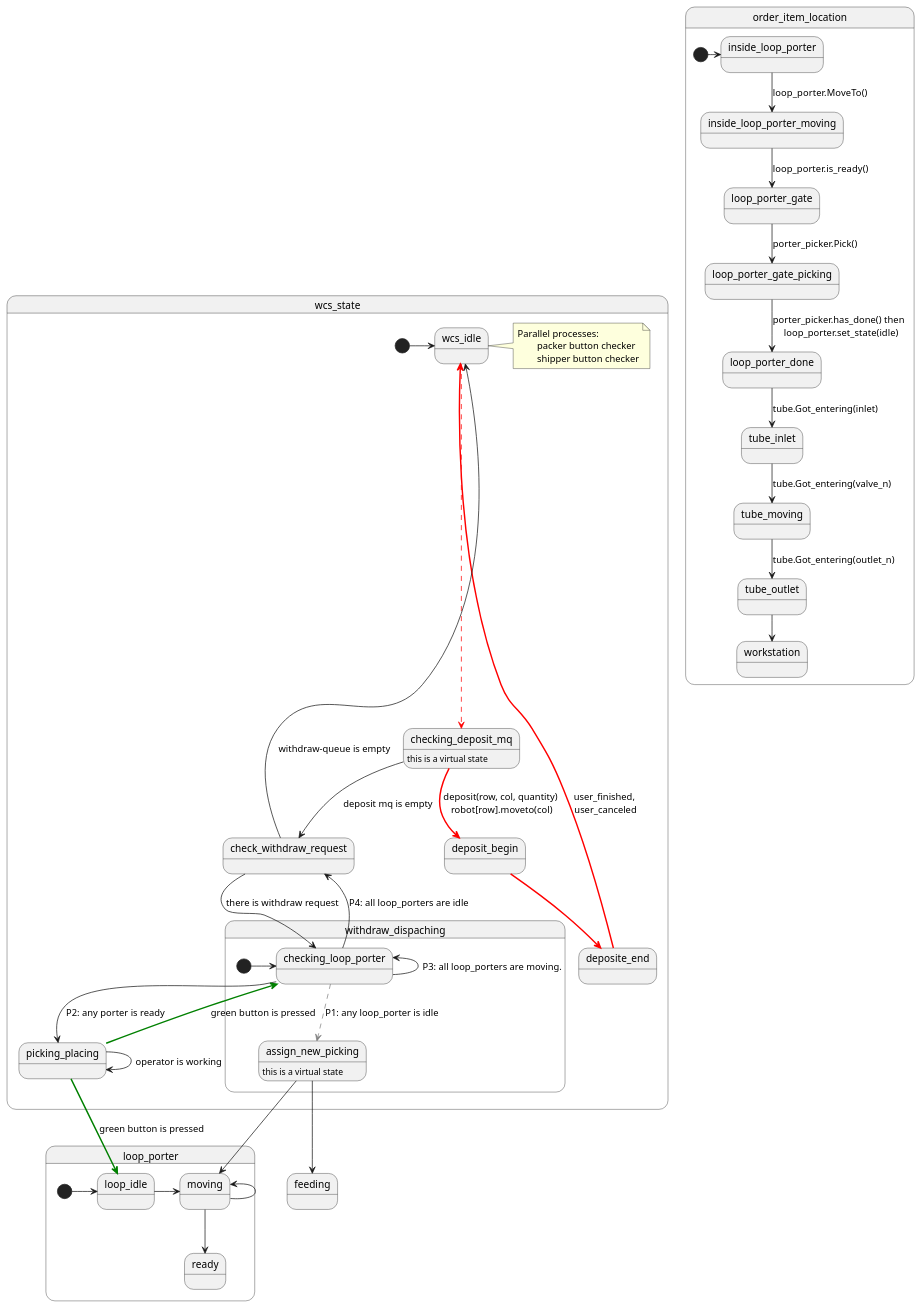
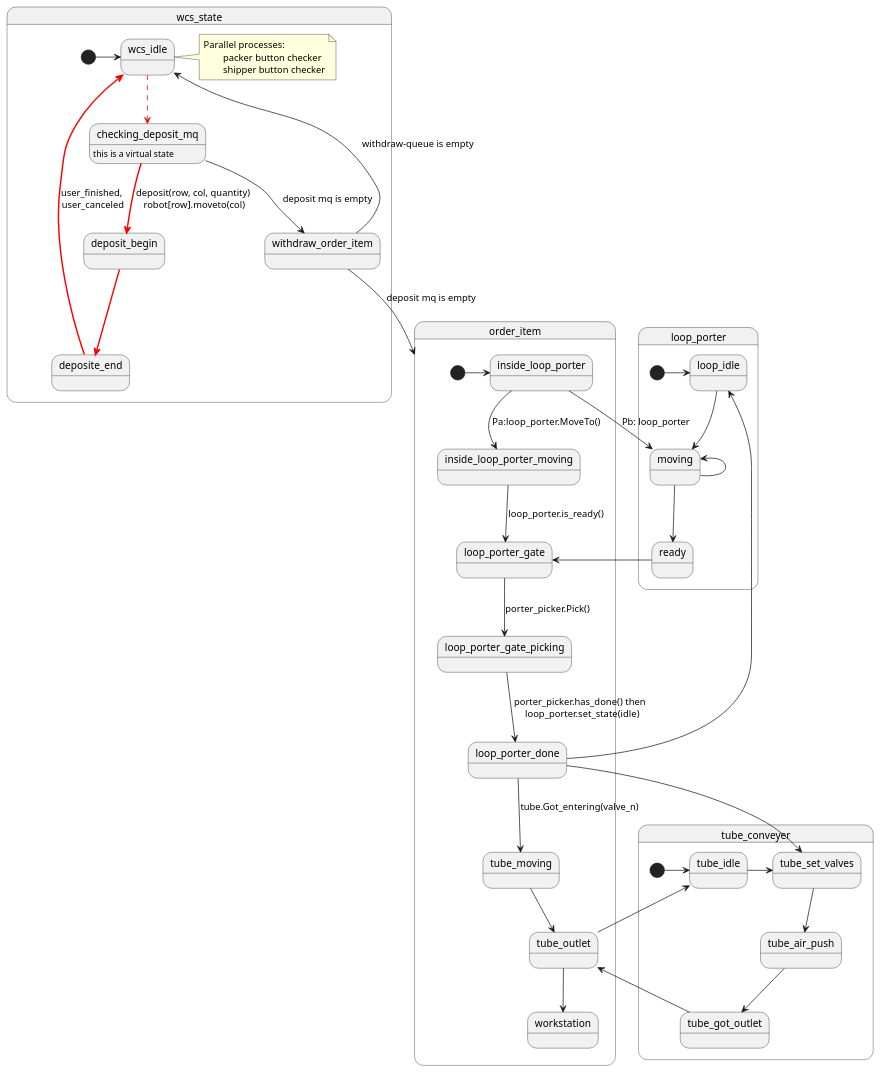
The diagram in apps/port1234/twh_wcs/docs/wcs_looper_tube.puml (voicevon/gobot_front), drawn with PlantUML before and after one commit. The commit also changed 10 other files, not shown here.

```diff
--- a/apps/port1234/twh_wcs/docs/wcs_looper_tube.puml
+++ b/apps/port1234/twh_wcs/docs/wcs_looper_tube.puml
@@ -1,57 +1,63 @@
 @startuml
 
 state wcs_state{
 	[*] -> wcs_idle
 	wcs_idle-[#red,dashed]-> checking_deposit_mq
 	checking_deposit_mq -[#red,bold]-> deposit_begin: deposit(row, col, quantity) \nrobot[row].moveto(col)
 	deposit_begin -[#red,bold]-> deposite_end
 	deposite_end -[#red,bold]->wcs_idle: user_finished, \nuser_canceled
 	checking_deposit_mq: this is a virtual state
 
-	state withdraw_dispaching{
-		[*] -> checking_loop_porter
-		checking_loop_porter -[#grey,dashed]-> assign_new_picking : P1: any loop_porter is idle
-		assign_new_picking: this is a virtual state
+	checking_deposit_mq --> withdraw_order_item: deposit mq is empty
+	withdraw_order_item --> wcs_idle:  withdraw-queue is empty
 
-	}
-	checking_loop_porter --> picking_placing : P2: any porter is ready  
-	checking_loop_porter <-- checking_loop_porter: P3: all loop_porters are moving.
-	picking_placing -> picking_placing: operator is working
-	picking_placing -[#green,bold]-> checking_loop_porter : green button is pressed
-	checking_deposit_mq --> check_withdraw_request: deposit mq is empty
-	check_withdraw_request --> wcs_idle:  withdraw-queue is empty
-	check_withdraw_request --> checking_loop_porter: there is withdraw request
-	check_withdraw_request <-- checking_loop_porter: P4: all loop_porters are idle
 	note right of wcs_idle
 	Parallel processes:
 		packer button checker
 		shipper button checker
 	end note
 }
 
 
-state loop_porter {
-	[*] -> loop_idle 
-	loop_idle -> moving
-	moving <- moving
-	moving --> ready
-}
-
-picking_placing -[#green,bold]-> loop_idle : green button is pressed
-assign_new_picking --> moving
-
-
-state order_item_location{
+state order_item{
 	[*] -> inside_loop_porter
-	inside_loop_porter --> inside_loop_porter_moving: loop_porter.MoveTo()
+	inside_loop_porter --> inside_loop_porter_moving: Pa:loop_porter.MoveTo()
+	
     inside_loop_porter_moving --> loop_porter_gate: loop_porter.is_ready()
 	loop_porter_gate --> loop_porter_gate_picking: porter_picker.Pick()
     loop_porter_gate_picking --> loop_porter_done: porter_picker.has_done() then \n loop_porter.set_state(idle)
-    loop_porter_done --> tube_inlet: tube.Got_entering(inlet)
-    tube_inlet --> tube_moving: tube.Got_entering(valve_n)
-	tube_moving --> tube_outlet: tube.Got_entering(outlet_n)
-    tube_outlet --> workstation
+	
+    loop_porter_done --> tube_moving: tube.Got_entering(valve_n)
+	tube_moving --> tube_outlet
+	tube_outlet --> workstation
+}
+withdraw_order_item --> order_item: deposit mq is empty
+
+state loop_porter {
+	[*] -> loop_idle 
+	loop_idle --> moving
+	moving <-- moving
+	moving --> ready
+	
 }
 
-assign_new_picking --> feeding
+state tube_conveyer{
+	[*] -> tube_idle 
+	tube_idle -> tube_set_valves
+	tube_set_valves --> tube_air_push
+	tube_air_push --> tube_got_outlet
+
+}
+
+
+inside_loop_porter --> moving:  Pb: loop_porter
+ready --> loop_porter_gate
+loop_porter_done --> loop_idle
+loop_porter_done --> tube_set_valves
+
+tube_outlet --> tube_idle
+tube_got_outlet --> tube_outlet
+
+
+
 @enduml
```
